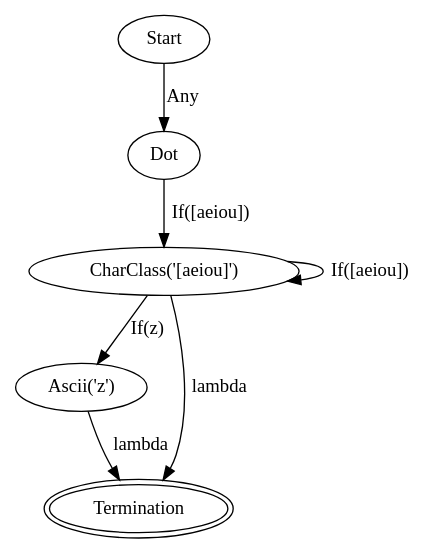
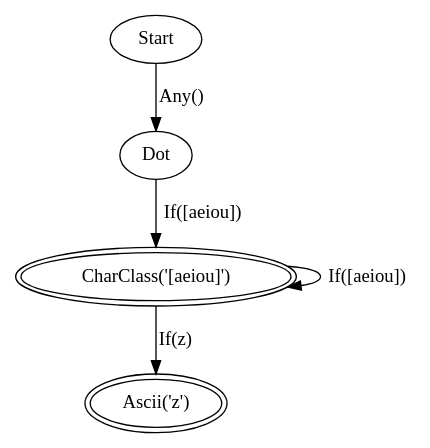
One commit to kerfmanner/Regex_FSM changed the diagram in examples/pattern1.dot. Above: the diagram before and after it, drawn with Graphviz. The commit also changed 14 other files, not shown here.

```diff
--- a/examples/pattern1.dot
+++ b/examples/pattern1.dot
@@ -1,13 +1,10 @@
 digraph FSM {
 node0 [label="Start"];
-node0 -> node1 [label="Any"];
+node0 -> node1 [label="Any()"];
 node1 [label="Dot"];
 node1 -> node2 [label="If([aeiou])"];
-node2 [label="CharClass('[aeiou]')"];
+node2 [label="CharClass('[aeiou]')", peripheries=2];
 node2 -> node2 [label="If([aeiou])"];
 node2 -> node3 [label="If(z)"];
-node2 -> node4 [label="lambda"];
-node3 [label="Ascii('z')"];
-node3 -> node4 [label="lambda"];
-node4 [label="Termination", peripheries=2];
+node3 [label="Ascii('z')", peripheries=2];
 }
```
